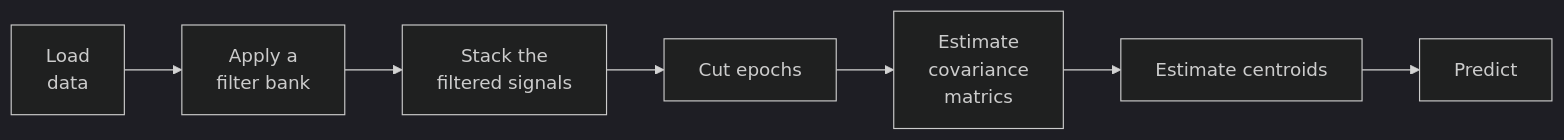
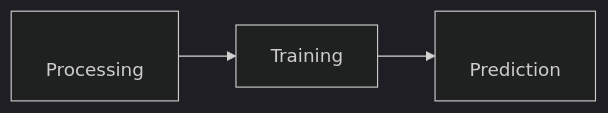
Before and after one commit to NeuroTech-Leuven/BrainBrowsR: the diagram in docs/riemannian.md, drawn with Mermaid (dark theme). The commit also changed other lines of this file, not shown here.

````diff
--- a/docs/riemannian.md
+++ b/docs/riemannian.md
@@ -51,6 +51,5 @@
 ```mermaid
 flowchart LR;
-first[Load<br>data] --> second[Apply a <br>filter bank] --> third[Stack the <br>filtered signals] --> fourth[Cut epochs] --> sixth[Estimate <br>covariance <br>matrics] --> seven[Estimate centroids] -->
-eight[Predict]
+first[<br>Processing] --> second[Training<br>] --> third[<br>Prediction]
 class first cssClass
 ```
````
